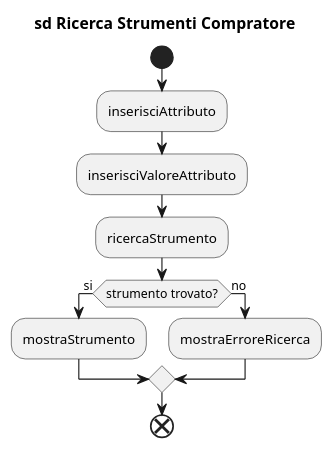
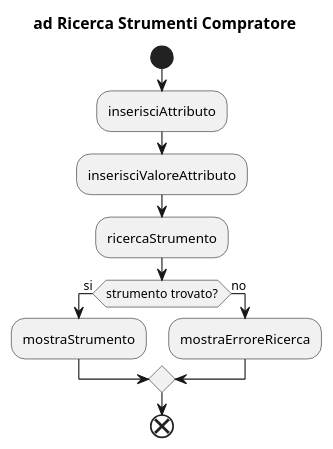
Before and after one commit to sprinja/Progetto_Shop_Strumenti_Musicali: the diagram in uml/Diagrammi di attività/Diagrammadiattivita_RicercaStrumentiCompratore.puml, drawn with PlantUML. The commit also changed 16 other files, not shown here.

```diff
--- a/uml/Diagrammi di attività/Diagrammadiattivita_RicercaStrumentiCompratore.puml
+++ b/uml/Diagrammi di attività/Diagrammadiattivita_RicercaStrumentiCompratore.puml
@@ -1,14 +1,14 @@
 @startuml
-title sd Ricerca Strumenti Compratore
+title ad Ricerca Strumenti Compratore
 
 start
 :inserisciAttributo;
 :inserisciValoreAttributo;
 :ricercaStrumento;
 if (strumento trovato?) then (si)
     :mostraStrumento;
 else (no)
     :mostraErroreRicerca;
 endif
 end
 @enduml
```
